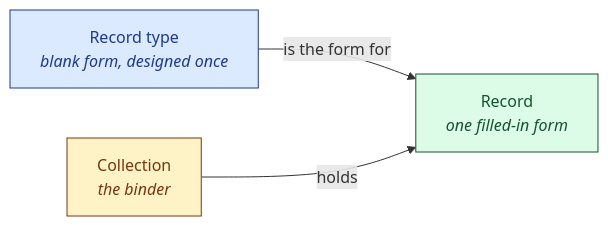
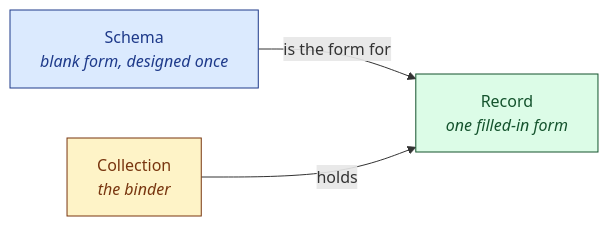
The first of 2 diagrams in docs/getting-started/concepts.md (sullivan-james/civex-service), drawn with Mermaid before and after one commit. The commit also changed other lines of this file and 49 other files, not shown here.

First line of the commit message:
Keep "schema": the word stays, the explanation goes where it is needed

````diff
--- a/docs/getting-started/concepts.md
+++ b/docs/getting-started/concepts.md
@@ -24,8 +23,8 @@
 ```mermaid
 flowchart LR
-    T["Record type<br/><i>blank form, designed once</i>"]:::rt -->|is the form for| R["Record<br/><i>one filled-in form</i>"]:::rec
+    T["Schema<br/><i>blank form, designed once</i>"]:::rt -->|is the form for| R["Record<br/><i>one filled-in form</i>"]:::rec
     C["Collection<br/><i>the binder</i>"]:::coll -->|holds| R
     classDef rt fill:#dbeafe,stroke:#1e3a8a,color:#1e3a8a
     classDef coll fill:#fef3c7,stroke:#78350f,color:#78350f
     classDef rec fill:#dcfce7,stroke:#14532d,color:#14532d
 ```
````
